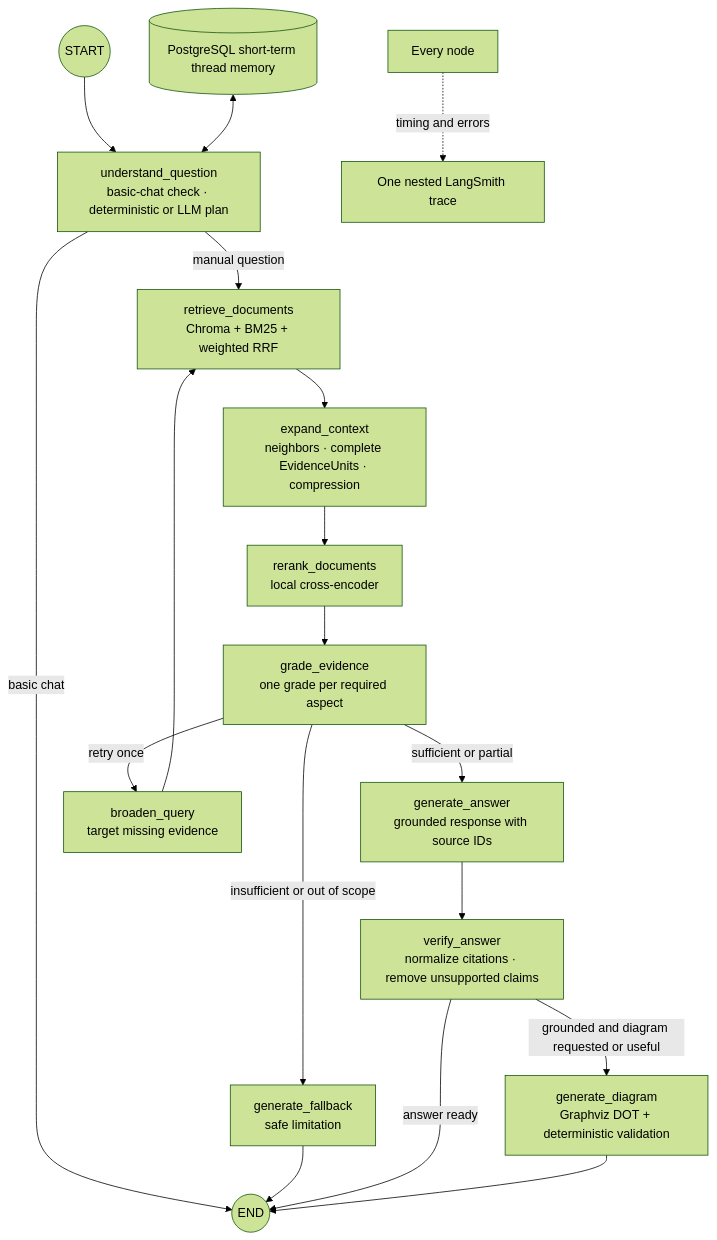
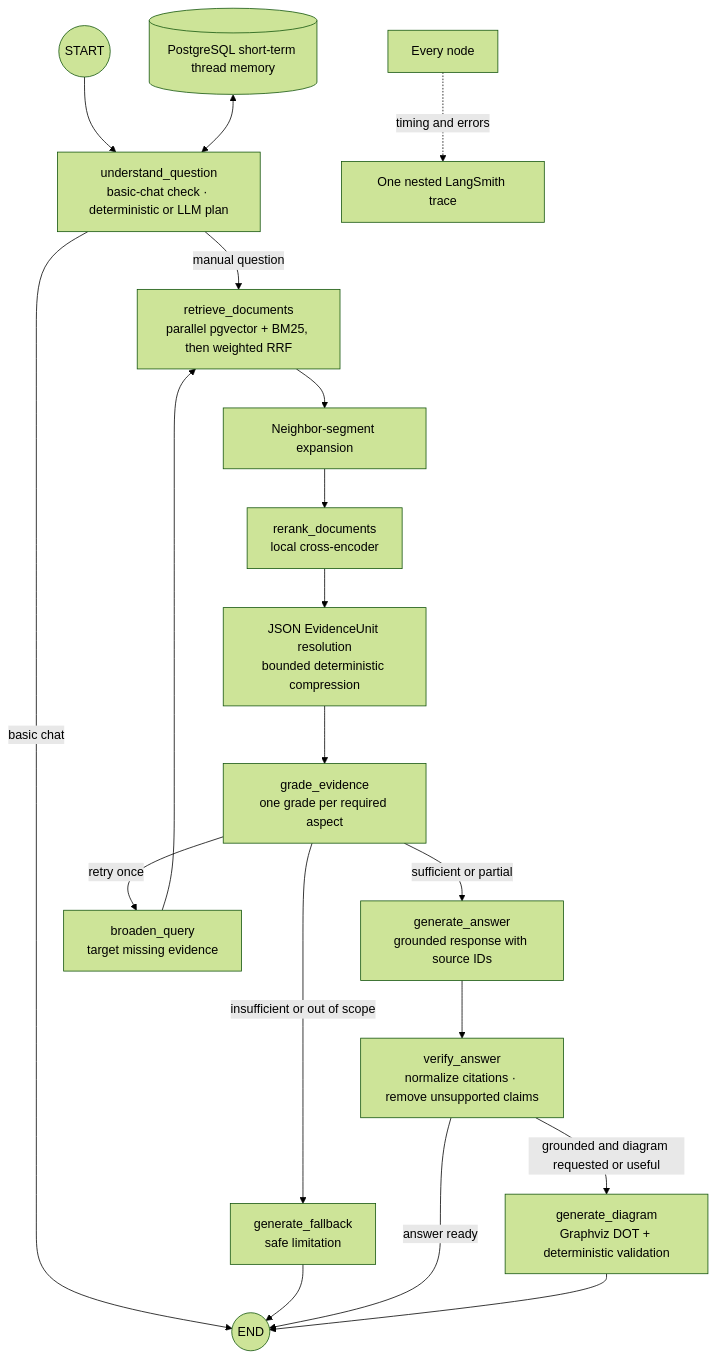
Before and after one commit to nagateja2004/op-center-bot: the third of 5 diagrams in README.md, drawn with Mermaid (forest theme). The commit also changed other lines of this file, not shown here.

Commit message:
docs: align README with pgvector implementation and measured benchmarks

````diff
--- a/README.md
+++ b/README.md
@@ -714,21 +816,22 @@
 ```mermaid
 flowchart TD
     Start(("START")) --> Understand["understand_question<br/>basic-chat check · deterministic or LLM plan"]
     Understand -->|"basic chat"| Done(("END"))
-    Understand -->|"manual question"| Retrieve["retrieve_documents<br/>Chroma + BM25 + weighted RRF"]
-    Retrieve --> Expand["expand_context<br/>neighbors · complete EvidenceUnits · compression"]
+    Understand -->|"manual question"| Retrieve["retrieve_documents<br/>parallel pgvector + BM25, then weighted RRF"]
+    Retrieve --> Expand["Neighbor-segment expansion"]
     Expand --> Rerank["rerank_documents<br/>local cross-encoder"]
-    Rerank --> Grade["grade_evidence<br/>one grade per required aspect"]
+    Rerank --> Resolve["JSON EvidenceUnit resolution<br/>bounded deterministic compression"]
+    Resolve --> Grade["grade_evidence<br/>one grade per required aspect"]
     Grade -->|"sufficient or partial"| Answer["generate_answer<br/>grounded response with source IDs"]
     Grade -->|"retry once"| Broaden["broaden_query<br/>target missing evidence"]
     Broaden --> Retrieve
     Grade -->|"insufficient or out of scope"| Fallback["generate_fallback<br/>safe limitation"]
     Fallback --> Done
     Answer --> Verify["verify_answer<br/>normalize citations · remove unsupported claims"]
     Verify -->|"grounded and diagram requested or useful"| Diagram["generate_diagram<br/>Graphviz DOT + deterministic validation"]
     Verify -->|"answer ready"| Done
     Diagram --> Done
 
     Memory[("PostgreSQL short-term thread memory")] <--> Understand
     Nodes["Every node"] -. "timing and errors" .-> Trace["One nested LangSmith trace"]
 ```
````
